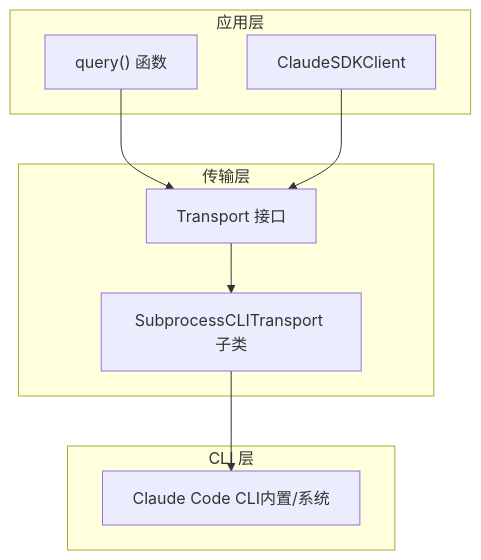
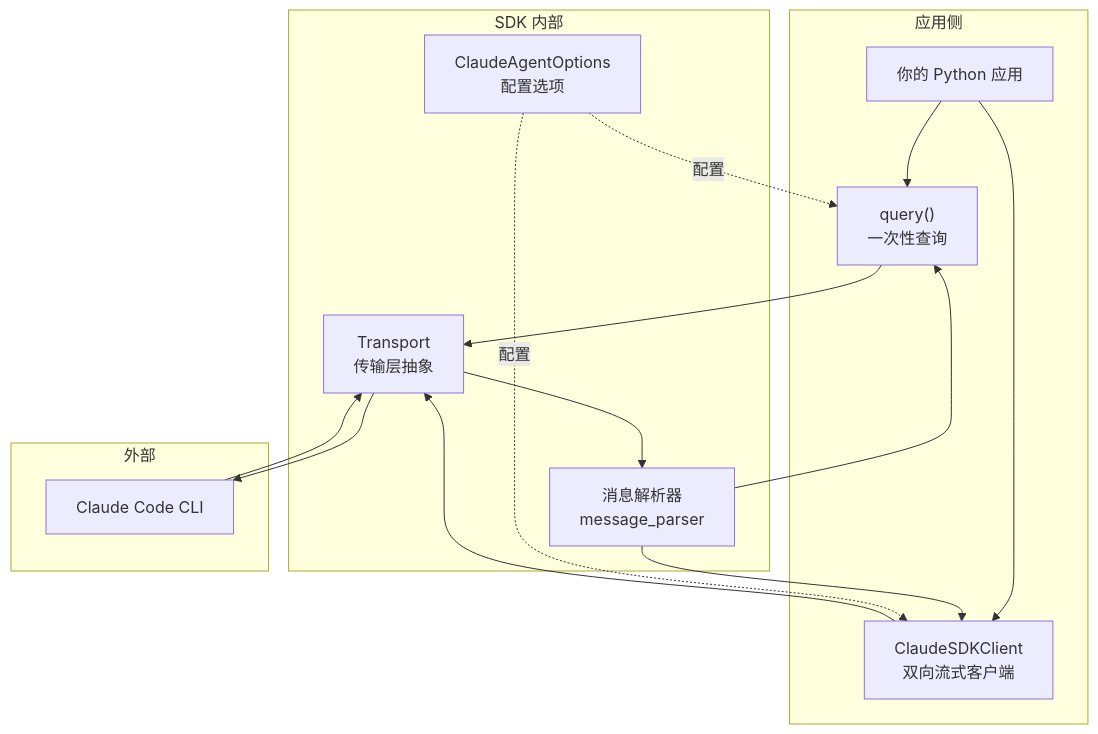
One commit to defulat-coder/claude-agent-sdk-python changed the second of 3 diagrams in .qoder/repowiki/zh/content/快速开始.md. Above: the diagram before and after it, drawn with Mermaid. The commit also changed other lines of this file and 85 other files, not shown here.

````diff
--- a/.qoder/repowiki/zh/content/快速开始.md
+++ b/.qoder/repowiki/zh/content/快速开始.md
@@ -89,18 +93,27 @@
 ```mermaid
 graph TB
-subgraph "应用层"
-Q["query() 函数"]
-C["ClaudeSDKClient"]
+subgraph "应用侧"
+APP["你的 Python 应用"]
+Q["query()<br/>一次性查询"]
+C["ClaudeSDKClient<br/>双向流式客户端"]
 end
-subgraph "传输层"
-T["Transport 接口"]
-ST["SubprocessCLITransport 子类"]
+subgraph "SDK 内部"
+T["Transport<br/>传输层抽象"]
+P["消息解析器<br/>message_parser"]
+O["ClaudeAgentOptions<br/>配置选项"]
 end
-subgraph "CLI 层"
-CLI["Claude Code CLI内置/系统"]
+subgraph "外部"
+CLI["Claude Code CLI"]
 end
+APP --> Q
+APP --> C
 Q --> T
 C --> T
-T --> ST
-ST --> CLI
+T --> CLI
+CLI --> T
+T --> P
+P --> Q
+P --> C
+O -. 配置 .-> Q
+O -. 配置 .-> C
 ```
````
